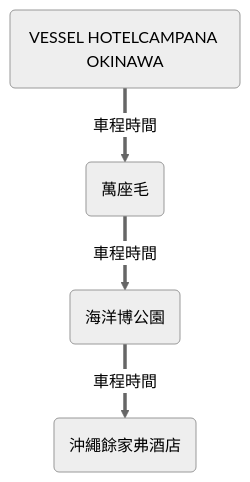
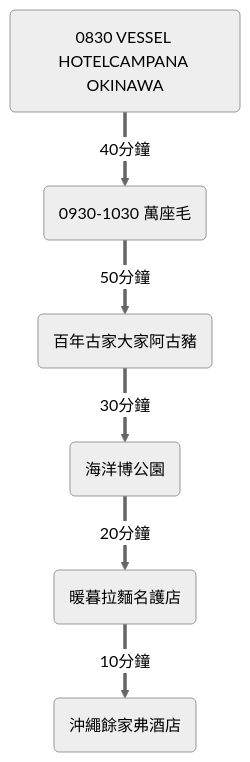
The first of 4 diagrams in docs/blog/posts/okinawa/okinawa-2024-12/okinawa-2024-12.md (wilder640/trip), drawn with Mermaid (neutral theme) before and after one commit. The commit also changed other lines of this file and 7 other files, not shown here.

````diff
--- a/docs/blog/posts/okinawa/okinawa-2024-12/okinawa-2024-12.md
+++ b/docs/blog/posts/okinawa/okinawa-2024-12/okinawa-2024-12.md
@@ -361,9 +324,11 @@
 ``` mermaid
 graph TD
-A == 車程時間 ==> B == 車程時間 ==>  C == 車程時間 ==> D
+A == 40分鐘 ==> B == 50分鐘 ==>  C == 30分鐘 ==> D == 20分鐘 ==> E == 10分鐘 ==> F
 
-    A(VESSEL HOTELCAMPANA OKINAWA)
-    B(萬座毛)
-    C(海洋博公園)
-    D(沖繩餘家弗酒店)
+    A(0830 VESSEL HOTELCAMPANA OKINAWA)
+    B(0930-1030 萬座毛)
+	C(百年古家大家阿古豬)
+    D(海洋博公園)
+	E(暖暮拉麵名護店)
+    F(沖繩餘家弗酒店)
 ```
````
